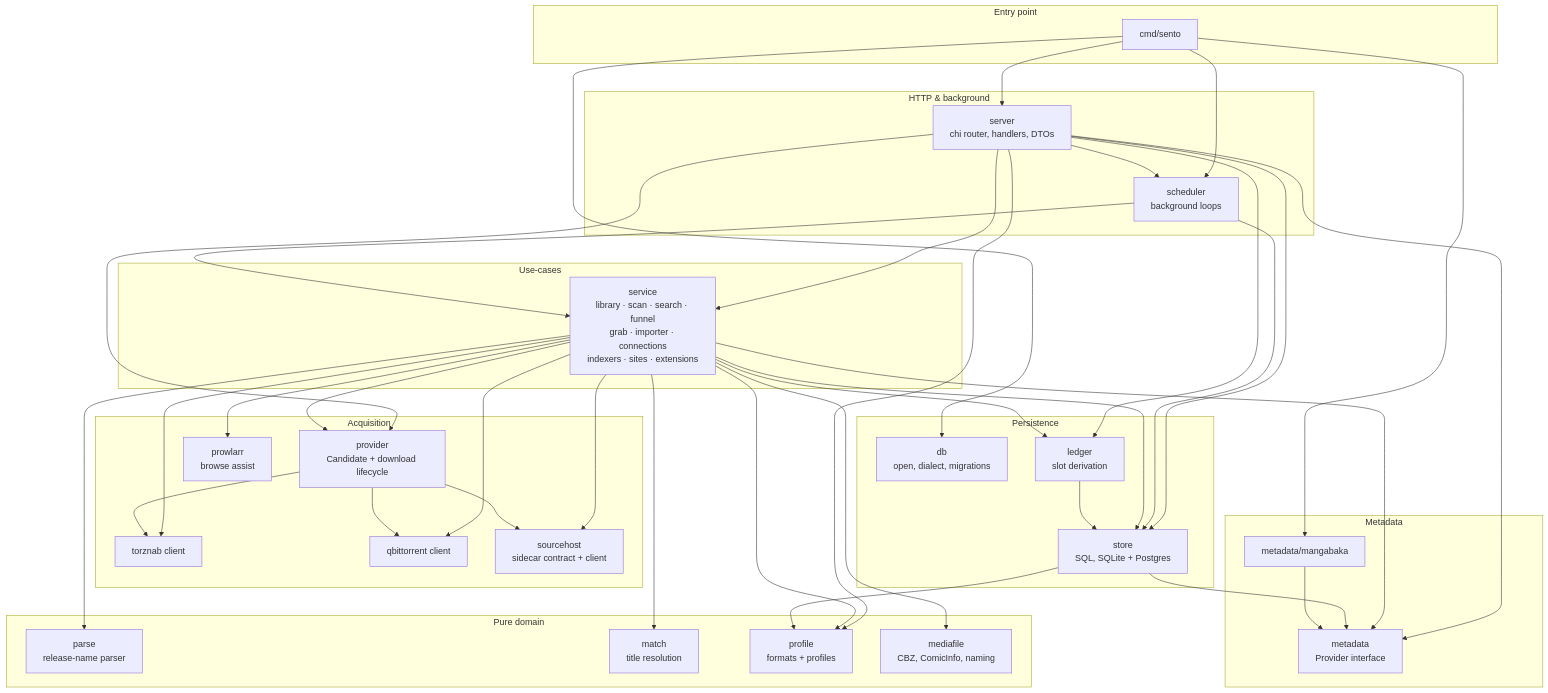
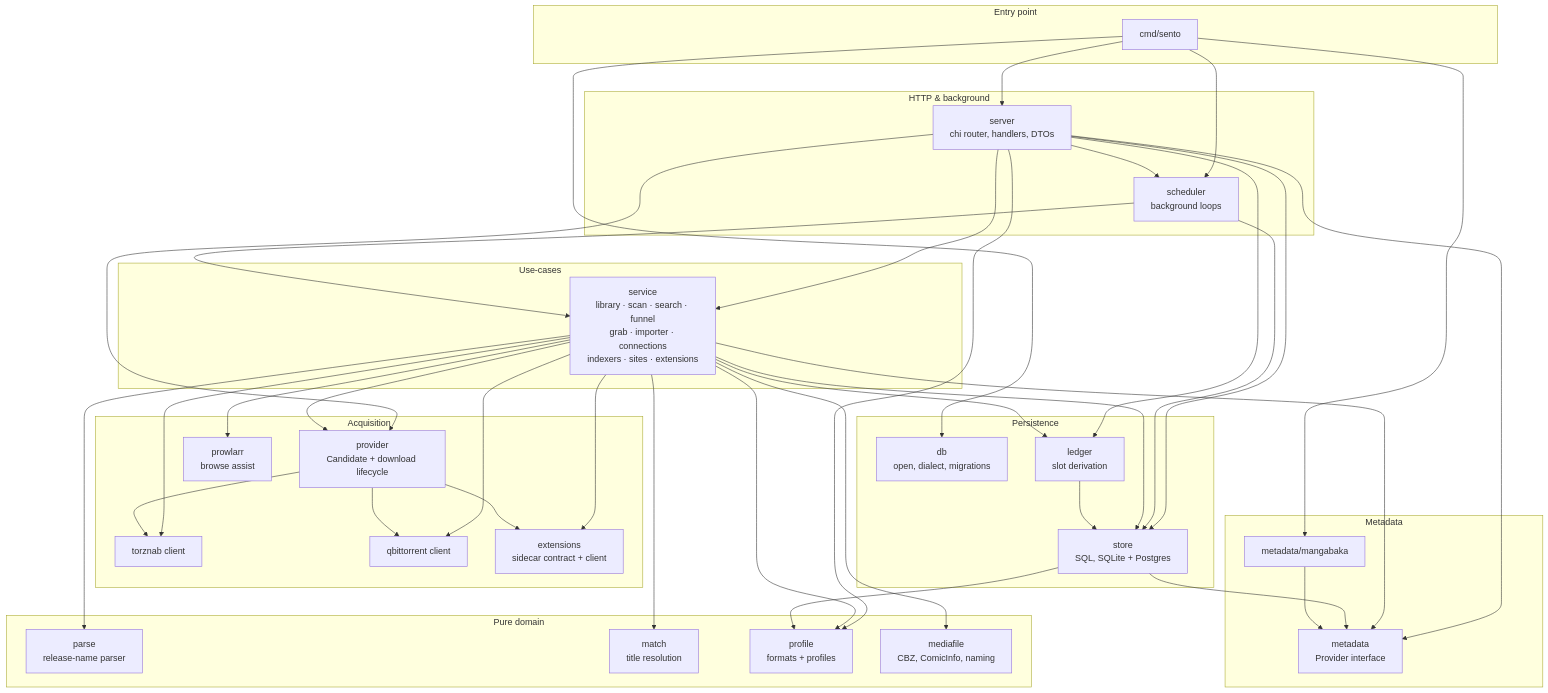
Before and after one commit to h-wb/sento: the diagram in docs/architecture.md, drawn with Mermaid. The commit also changed other lines of this file and 71 other files, not shown here.

First line of the commit message:
Rename the sidecar to sento-extensions and credit Suwayomi

````diff
--- a/docs/architecture.md
+++ b/docs/architecture.md
@@ -24,80 +24,80 @@
 ```mermaid
 graph TD
     subgraph entry [Entry point]
         cmd[cmd/sento]
     end
 
     subgraph http [HTTP & background]
         server[server<br/>chi router, handlers, DTOs]
         scheduler[scheduler<br/>background loops]
     end
 
     subgraph core [Use-cases]
         service[service<br/>library · scan · search · funnel<br/>grab · importer · connections<br/>indexers · sites · extensions]
     end
 
     subgraph persistence [Persistence]
         store[store<br/>SQL, SQLite + Postgres]
         db[db<br/>open, dialect, migrations]
         ledger[ledger<br/>slot derivation]
     end
 
     subgraph acquisition [Acquisition]
         provider[provider<br/>Candidate + download lifecycle]
         torznab[torznab client]
         qbittorrent[qbittorrent client]
-        sourcehost[sourcehost<br/>sidecar contract + client]
+        extensions[extensions<br/>sidecar contract + client]
         prowlarr[prowlarr<br/>browse assist]
     end
 
     subgraph meta [Metadata]
         metadata[metadata<br/>Provider interface]
         mangabaka[metadata/mangabaka]
     end
 
     subgraph domain [Pure domain]
         parse[parse<br/>release-name parser]
         match[match<br/>title resolution]
         profile[profile<br/>formats + profiles]
         mediafile[mediafile<br/>CBZ, ComicInfo, naming]
     end
 
     cmd --> server
     cmd --> scheduler
     cmd --> db
     cmd --> mangabaka
 
     server --> service
     server --> scheduler
     server --> store
     server --> ledger
     server --> provider
     server --> profile
     server --> metadata
 
     scheduler --> service
     scheduler --> store
 
     service --> store
     service --> ledger
     service --> provider
     service --> metadata
     service --> parse
     service --> match
     service --> profile
     service --> mediafile
     service --> prowlarr
     service --> torznab
     service --> qbittorrent
-    service --> sourcehost
+    service --> extensions
 
     ledger --> store
     store --> metadata
     store --> profile
 
     provider --> torznab
     provider --> qbittorrent
-    provider --> sourcehost
+    provider --> extensions
 
     mangabaka --> metadata
 ```
````
